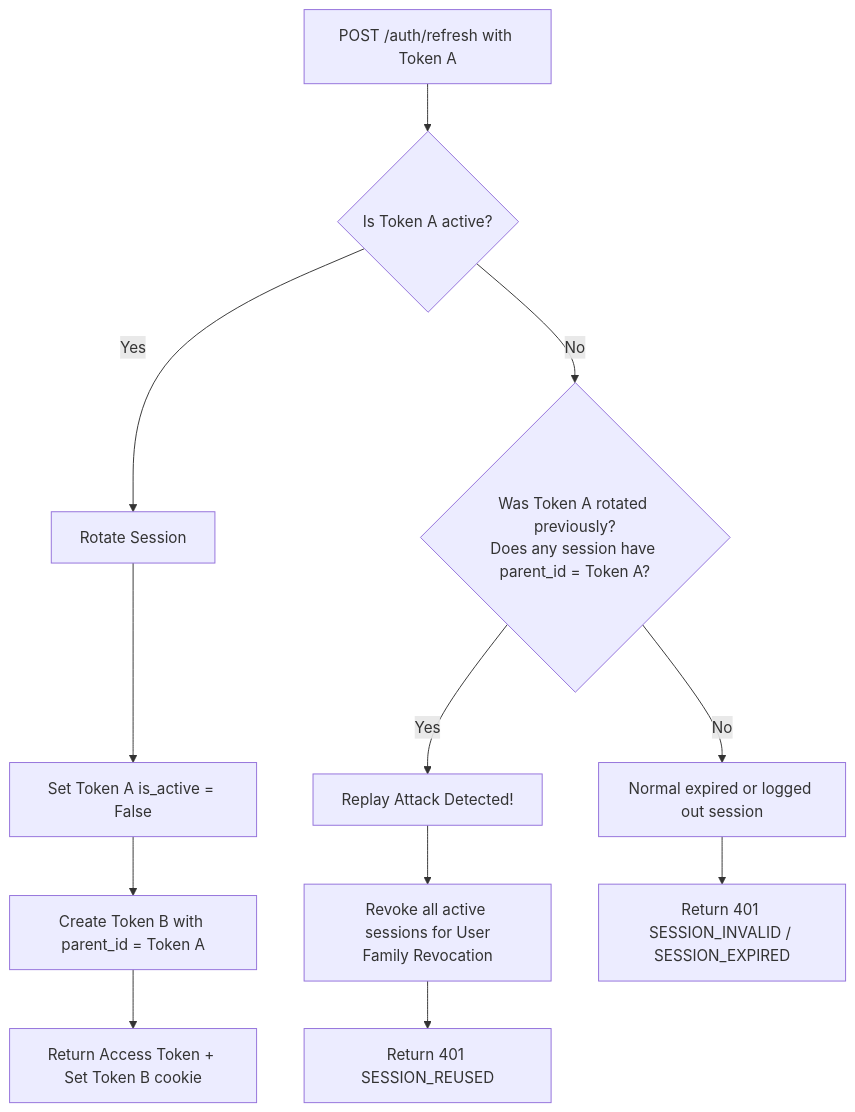
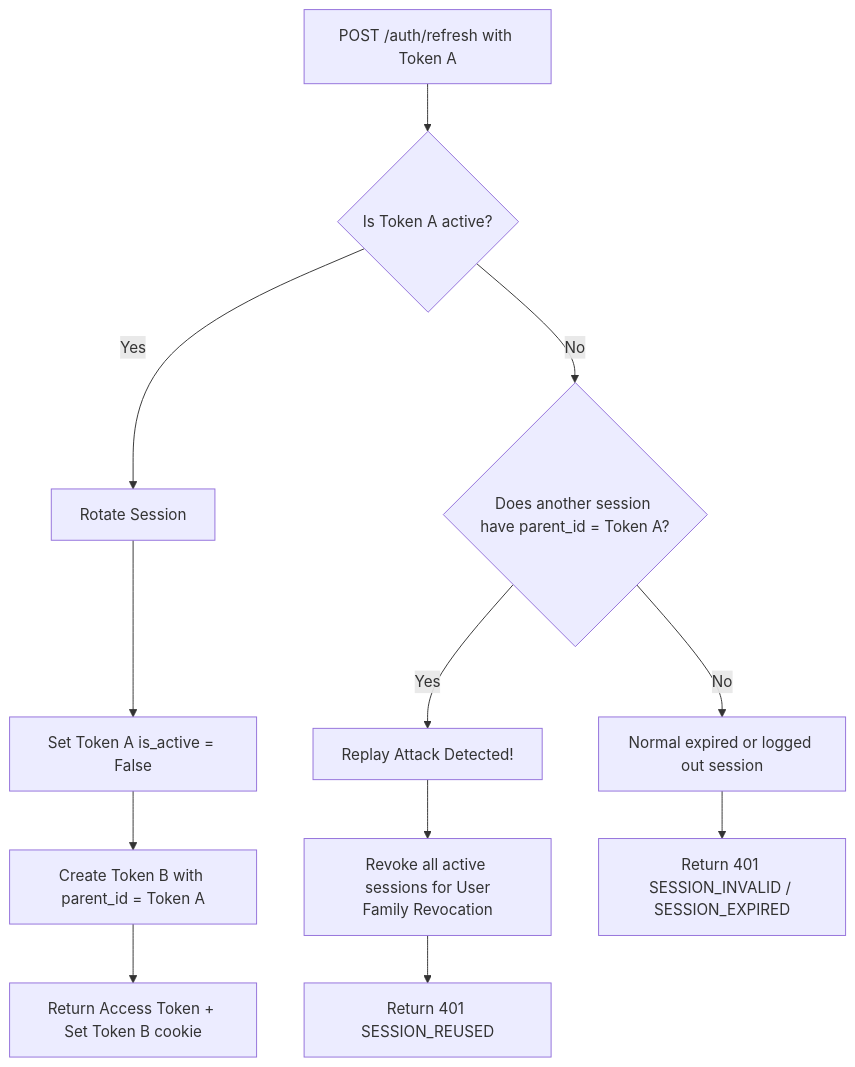
One commit to khoanguyenn/uscornie changed the second of 2 diagrams in backend/auth/README.md. Above: the diagram before and after it, drawn with Mermaid.

Commit message:
docs(auth): simplify decision node in token rotation flowchart

````diff
--- a/backend/auth/README.md
+++ b/backend/auth/README.md
@@ -65,18 +65,18 @@
 ```mermaid
 graph TD
     A[POST /auth/refresh with Token A] --> B{Is Token A active?}
 
     B -- Yes --> C[Rotate Session]
     C --> C1[Set Token A is_active = False]
     C1 --> C2[Create Token B with parent_id = Token A]
     C2 --> C3[Return Access Token + Set Token B cookie]
 
-    B -- No --> D{Was Token A rotated previously?<br>Does any session have parent_id = Token A?}
+    B -- No --> D{Does another session have parent_id = Token A?}
 
     D -- Yes --> E[Replay Attack Detected!]
     E --> E1[Revoke all active sessions for User<br>Family Revocation]
     E1 --> E2[Return 401 SESSION_REUSED]
 
     D -- No --> F[Normal expired or logged out session]
     F --> F1[Return 401 SESSION_INVALID / SESSION_EXPIRED]
 ```
````
